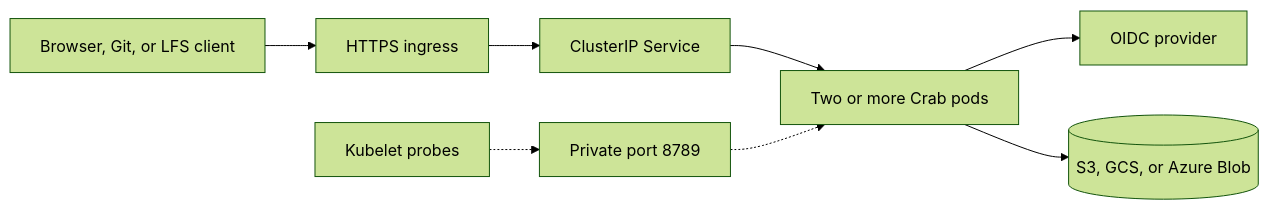
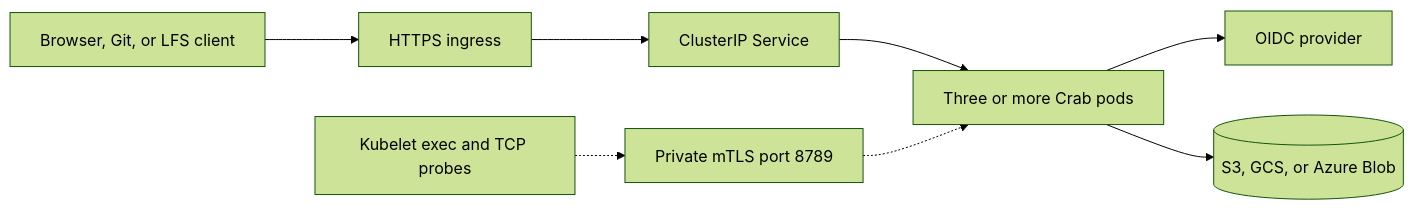
The diagram in crates/crab-http-server/deploy/helm/crab-http-server/README.md (crabbuild/crab), drawn with Mermaid (forest theme) before and after one commit. The commit also changed other lines of this file and 25 other files, not shown here.

````diff
--- a/crates/crab-http-server/deploy/helm/crab-http-server/README.md
+++ b/crates/crab-http-server/deploy/helm/crab-http-server/README.md
@@ -11,10 +11,10 @@
 ```mermaid
 flowchart LR
     Client[Browser, Git, or LFS client] --> TLS[HTTPS ingress]
     TLS --> Service[ClusterIP Service]
-    Service --> Pods[Two or more Crab pods]
+    Service --> Pods[Three or more Crab pods]
     Pods --> Identity[OIDC provider]
     Pods --> Storage[(S3, GCS, or Azure Blob)]
-    Kubelet[Kubelet probes] -.-> Management[Private port 8789]
+    Kubelet[Kubelet exec and TCP probes] -.-> Management[Private mTLS port 8789]
     Management -.-> Pods
 ```
````
